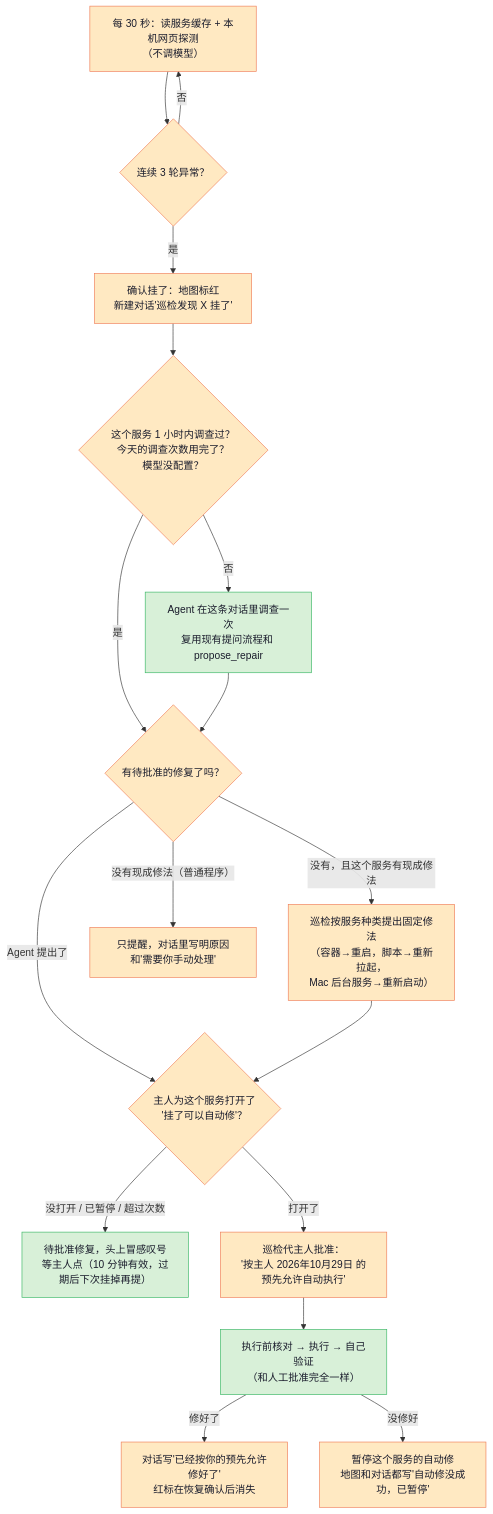
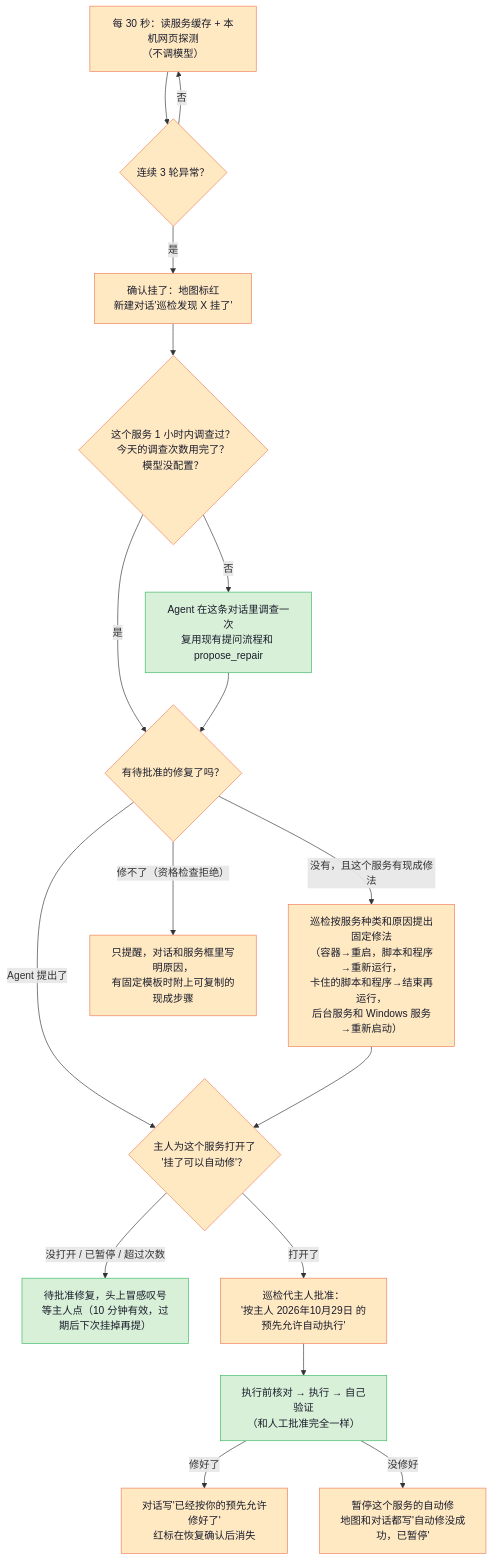
The first of 2 diagrams in docs/design/proactive-patrol.md (Sugarfarmeriod/TunnelMinion), drawn with Mermaid before and after one commit. The commit also changed other lines of this file and 77 other files, not shown here.

````diff
--- a/docs/design/proactive-patrol.md
+++ b/docs/design/proactive-patrol.md
@@ -80,24 +85,24 @@
 ```mermaid
 flowchart TD
     W["每 30 秒：读服务缓存 + 本机网页探测<br/>（不调模型）"] --> S{"连续 3 轮异常？"}
     S -- "否" --> W
     S -- "是" --> A["确认挂了：地图标红<br/>新建对话'巡检发现 X 挂了'"]
     A --> B{"这个服务 1 小时内调查过？<br/>今天的调查次数用完了？<br/>模型没配置？"}
     B -- "是" --> P
     B -- "否" --> I["Agent 在这条对话里调查一次<br/>复用现有提问流程和 propose_repair"]
     I --> P{"有待批准的修复了吗？"}
     P -- "Agent 提出了" --> G
-    P -- "没有，且这个服务有现成修法" --> D["巡检按服务种类提出固定修法<br/>（容器→重启，脚本→重新拉起，<br/>Mac 后台服务→重新启动）"]
-    P -- "没有现成修法（普通程序）" --> N["只提醒，对话里写明原因和'需要你手动处理'"]
+    P -- "没有，且这个服务有现成修法" --> D["巡检按服务种类和原因提出固定修法<br/>（容器→重启，脚本和程序→重新运行，<br/>卡住的脚本和程序→结束再运行，<br/>后台服务和 Windows 服务→重新启动）"]
+    P -- "修不了（资格检查拒绝）" --> N["只提醒，对话和服务框里写明原因，<br/>有固定模板时附上可复制的现成步骤"]
     D --> G{"主人为这个服务打开了<br/>'挂了可以自动修'？"}
     G -- "没打开 / 已暂停 / 超过次数" --> BANG["待批准修复，头上冒感叹号<br/>等主人点（10 分钟有效，过期后下次挂掉再提）"]
     G -- "打开了" --> X["巡检代主人批准：<br/>'按主人 2026年10月29日 的预先允许自动执行'"]
     X --> RC["执行前核对 → 执行 → 自己验证<br/>（和人工批准完全一样）"]
     RC -- "修好了" --> OK["对话写'已经按你的预先允许修好了'<br/>红标在恢复确认后消失"]
     RC -- "没修好" --> STOP["暂停这个服务的自动修<br/>地图和对话都写'自动修没成功，已暂停'"]
 
     classDef reuse fill:#d8f0d8,stroke:#38b764,color:#1a1c2c
     classDef new fill:#ffe9c2,stroke:#ef7d57,color:#1a1c2c
     class I,RC,BANG reuse
     class W,S,A,B,P,D,G,X,OK,STOP,N new
 ```
````
